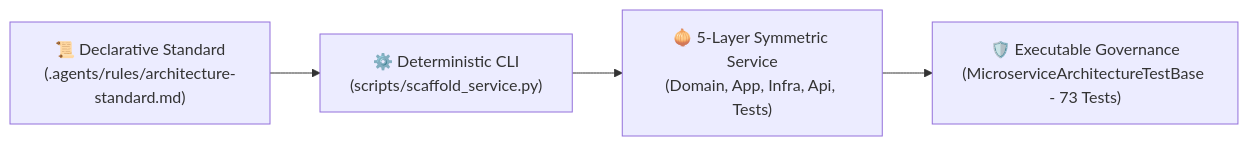
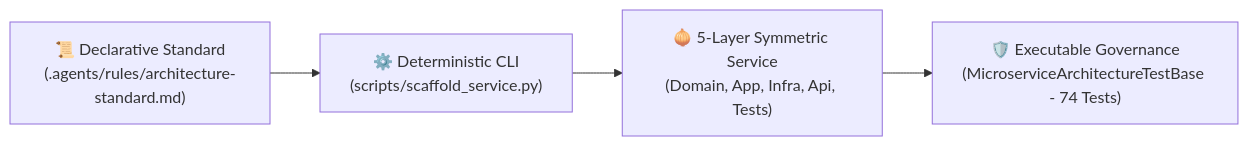
Before and after one commit to enesonmez/shuffleseries_microservices: the third of 4 diagrams in README.md, drawn with Mermaid. The commit also changed other lines of this file and 35 other files, not shown here.

````diff
--- a/README.md
+++ b/README.md
@@ -352,6 +354,6 @@
 ```mermaid
 flowchart LR
     Rule["📜 Declarative Standard\n(.agents/rules/architecture-standard.md)"] --> Scaffold["⚙️ Deterministic CLI\n(scripts/scaffold_service.py)"]
     Scaffold --> Onion["🧅 5-Layer Symmetric Service\n(Domain, App, Infra, Api, Tests)"]
-    Onion --> Fitness["🛡️ Executable Governance\n(MicroserviceArchitectureTestBase - 73 Tests)"]
+    Onion --> Fitness["🛡️ Executable Governance\n(MicroserviceArchitectureTestBase - 74 Tests)"]
 ```
````
